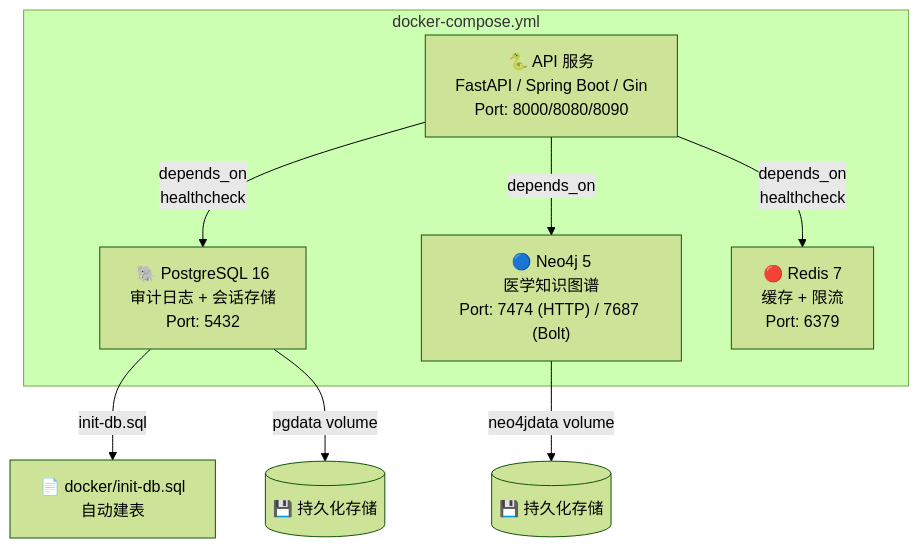
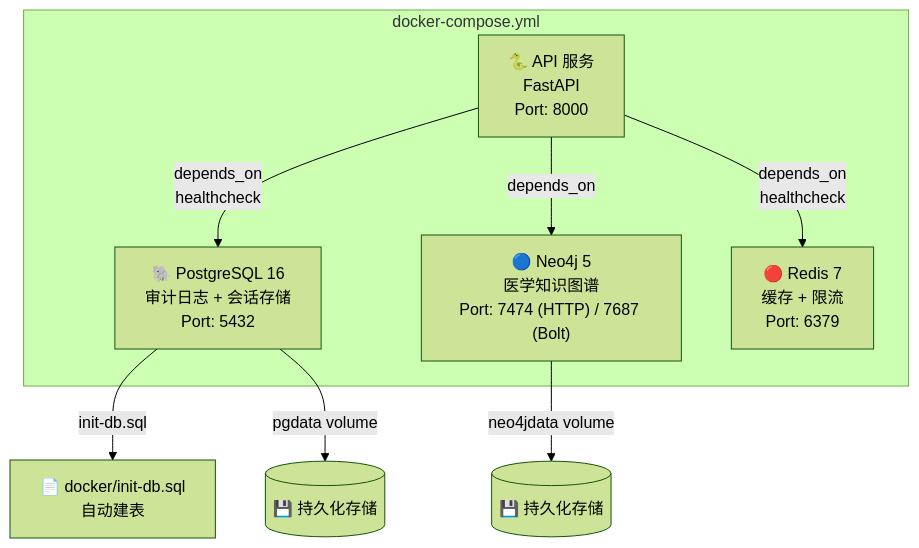
The third of 3 diagrams in README.md (HenryVarro666/Medical-Multi-Agent-System), drawn with Mermaid (forest theme) before and after one commit. The commit also changed other lines of this file and 33 other files, not shown here.

First line of the commit message:
Wire GraphRAG/DDI into pipeline, add retry guard + eval harness; run eval on local vLLM

````diff
--- a/README.md
+++ b/README.md
@@ -2104,17 +1836,17 @@
 ```mermaid
 graph TB
     subgraph DockerCompose["docker-compose.yml"]
-        API["🐍 API 服务<br/>FastAPI / Spring Boot / Gin<br/>Port: 8000/8080/8090"]
+        API["🐍 API 服务<br/>FastAPI<br/>Port: 8000"]
         PG["🐘 PostgreSQL 16<br/>审计日志 + 会话存储<br/>Port: 5432"]
         Neo["🔵 Neo4j 5<br/>医学知识图谱<br/>Port: 7474 (HTTP) / 7687 (Bolt)"]
         Redis["🔴 Redis 7<br/>缓存 + 限流<br/>Port: 6379"]
     end
 
     API -->|"depends_on<br/>healthcheck"| PG
     API -->|"depends_on"| Neo
     API -->|"depends_on<br/>healthcheck"| Redis
 
     PG -->|"init-db.sql"| InitSQL["📄 docker/init-db.sql<br/>自动建表"]
     PG -->|"pgdata volume"| PGData[("💾 持久化存储")]
     Neo -->|"neo4jdata volume"| NeoData[("💾 持久化存储")]
 ```
````
